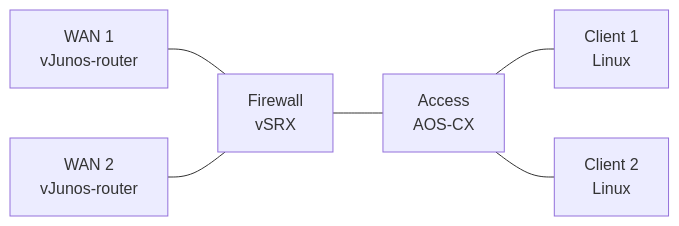
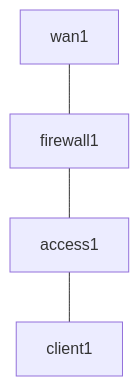
One commit to teze3808/containerlab-mcp-server changed the second of 6 diagrams in README.md. Above: the diagram before and after it, drawn with Mermaid. The commit also changed other lines of this file and 6 other files, not shown here.

````diff
--- a/README.md
+++ b/README.md
@@ -320,8 +319,6 @@
 ```mermaid
-flowchart LR
-  W1["WAN 1<br/>vJunos-router"] --- F["Firewall<br/>vSRX"]
-  W2["WAN 2<br/>vJunos-router"] --- F
-  F --- S["Access<br/>AOS-CX"]
-  S --- C1["Client 1<br/>Linux"]
-  S --- C2["Client 2<br/>Linux"]
+flowchart TB
+  W1["wan1"] --- F["firewall1"]
+  F --- S["access1"]
+  S --- C1["client1"]
 ```
````
